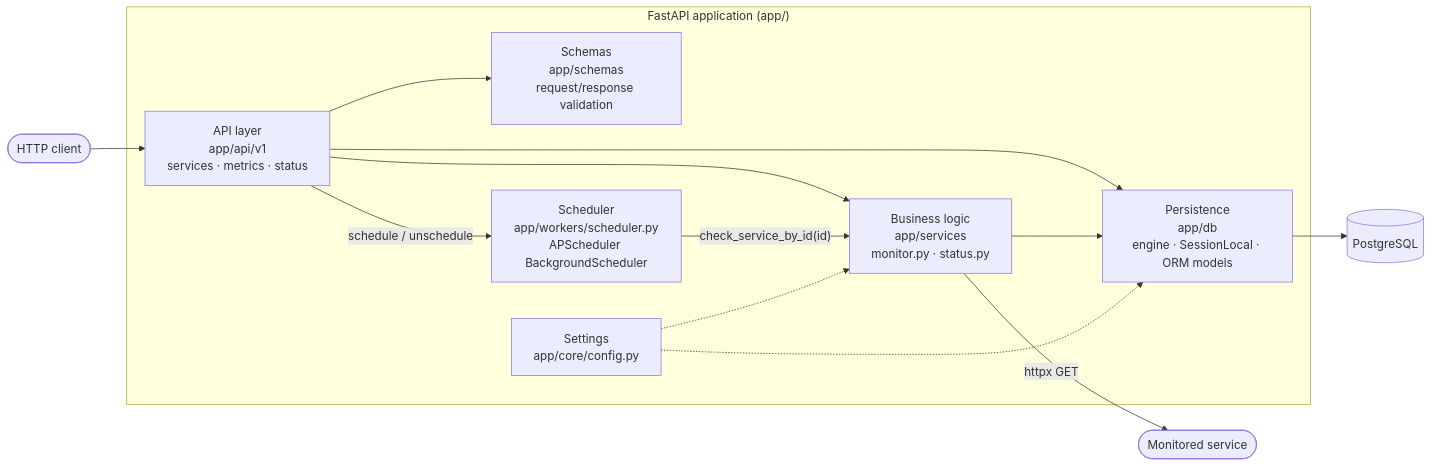
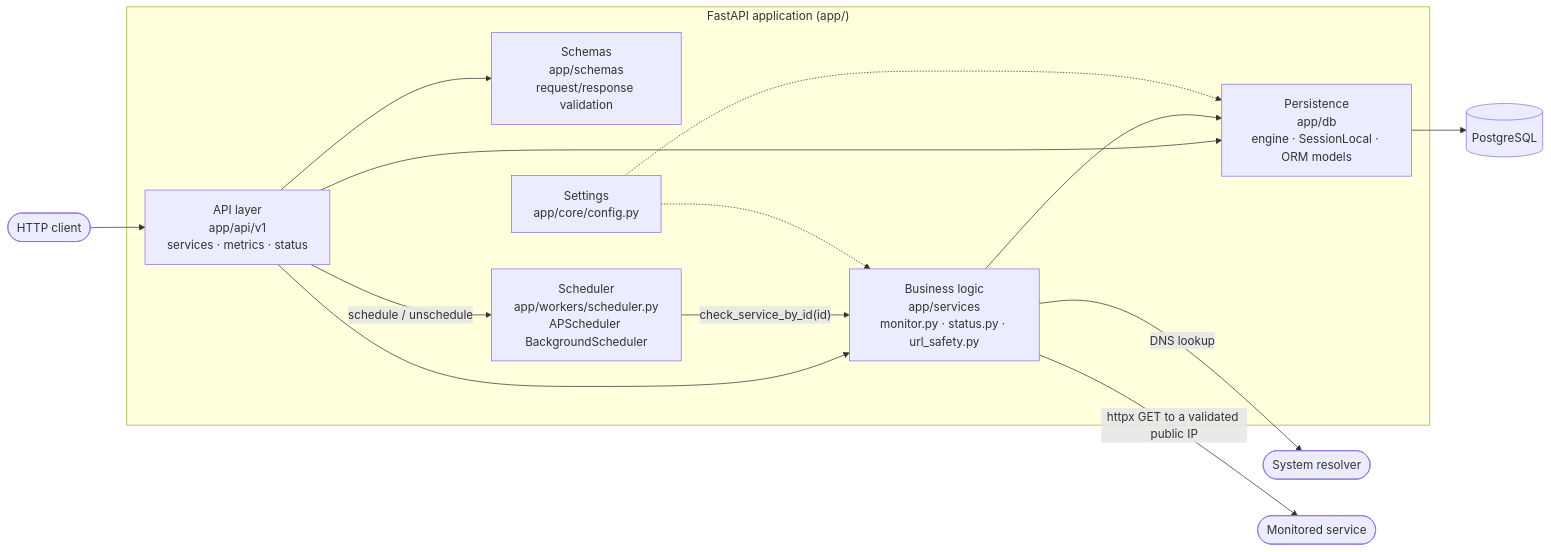
One commit to pedrofloresdev/service-monitoring-api changed the first of 2 diagrams in docs/architecture.md. Above: the diagram before and after it, drawn with Mermaid. The commit also changed other lines of this file and 2 other files, not shown here.

First line of the commit message:
docs: document URL safety rules, errors and the resolution timeout setting

````diff
--- a/docs/architecture.md
+++ b/docs/architecture.md
@@ -7,24 +7,25 @@
 ```mermaid
 flowchart LR
     client([HTTP client]) --> api
 
     subgraph app["FastAPI application (app/)"]
         api["API layer<br/>app/api/v1<br/>services · metrics · status"]
         schemas["Schemas<br/>app/schemas<br/>request/response validation"]
-        logic["Business logic<br/>app/services<br/>monitor.py · status.py"]
+        logic["Business logic<br/>app/services<br/>monitor.py · status.py · url_safety.py"]
         db["Persistence<br/>app/db<br/>engine · SessionLocal · ORM models"]
         sched["Scheduler<br/>app/workers/scheduler.py<br/>APScheduler BackgroundScheduler"]
         cfg["Settings<br/>app/core/config.py"]
     end
 
     api --> schemas
     api --> logic
     api --> db
     api -- "schedule / unschedule" --> sched
     sched -- "check_service_by_id(id)" --> logic
     logic --> db
-    logic -- "httpx GET" --> target([Monitored service])
+    logic -- "DNS lookup" --> dns([System resolver])
+    logic -- "httpx GET to a validated public IP" --> target([Monitored service])
     db --> pg[(PostgreSQL)]
     cfg -.-> logic
     cfg -.-> db
 ```
````
